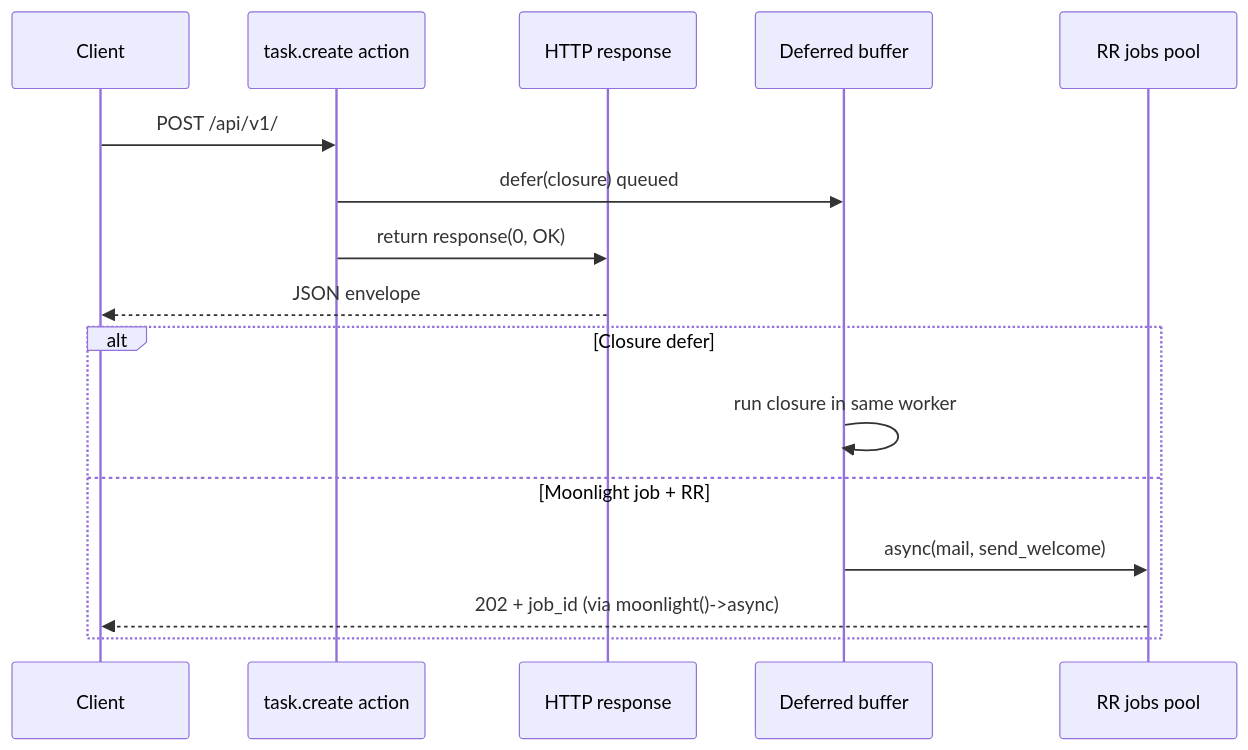
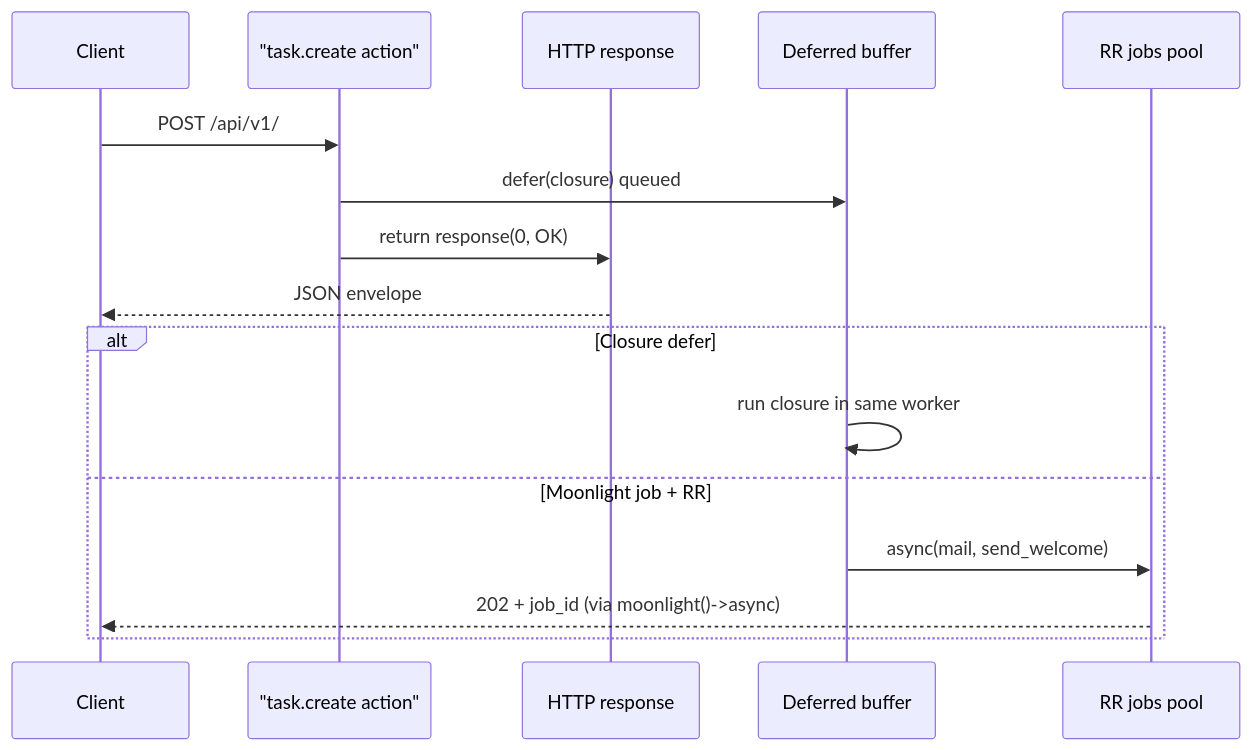
Before and after one commit to PioniaPHP-project/pionia-docs: the diagram in content/docs/documentation/operations/background-work.md, drawn with Mermaid. The commit also changed 155 other files, not shown here.

```diff
--- a/content/docs/documentation/operations/background-work.md
+++ b/content/docs/documentation/operations/background-work.md
@@ -36,18 +36,18 @@
 {{< mermaid >}}
 sequenceDiagram
   participant Client
-  participant Action as task.create action
+  participant Action as "task.create action"
   participant Resp as HTTP response
   participant Defer as Deferred buffer
   participant Job as RR jobs pool
   Client->>Action: POST /api/v1/
   Action->>Defer: defer(closure) queued
   Action->>Resp: return response(0, OK)
   Resp-->>Client: JSON envelope
   alt Closure defer
     Defer->>Defer: run closure in same worker
   else Moonlight job + RR
     Defer->>Job: async(mail, send_welcome)
     Job-->>Client: 202 + job_id (via moonlight()->async)
   end
 {{< /mermaid >}}
```
